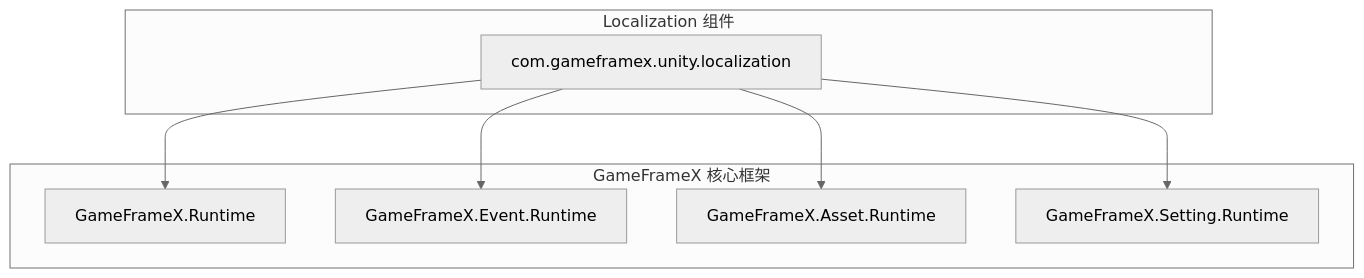
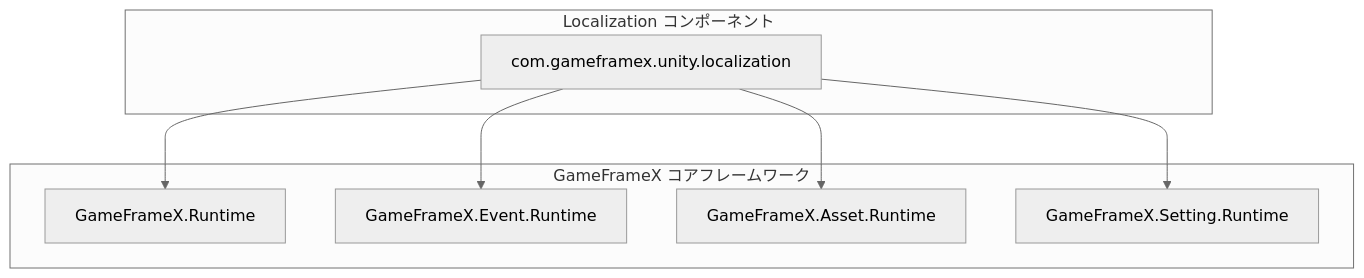
One commit to AlianBlank/GameFrameX.Docs changed the third of 3 diagrams in docs/ja/client/unity/component/localization/02.installation.md. Above: the diagram before and after it, drawn with Mermaid (neutral theme). The commit also changed other lines of this file and 603 other files, not shown here.

````diff
--- a/docs/ja/client/unity/component/localization/02.installation.md
+++ b/docs/ja/client/unity/component/localization/02.installation.md
@@ -117,18 +117,18 @@
 ```mermaid
 flowchart TD
-    subgraph GameFrameX["GameFrameX 核心框架"]
+    subgraph GameFrameX["GameFrameX コアフレームワーク"]
         Runtime[GameFrameX.Runtime]
         Event[GameFrameX.Event.Runtime]
         Asset[GameFrameX.Asset.Runtime]
         Setting[GameFrameX.Setting.Runtime]
     end
     
-    subgraph Localization["Localization 组件"]
+    subgraph Localization["Localization コンポーネント"]
         Local["com.gameframex.unity.localization"]
     end
     
     Local --> Runtime
     Local --> Event
     Local --> Asset
     Local --> Setting
 ```
````
